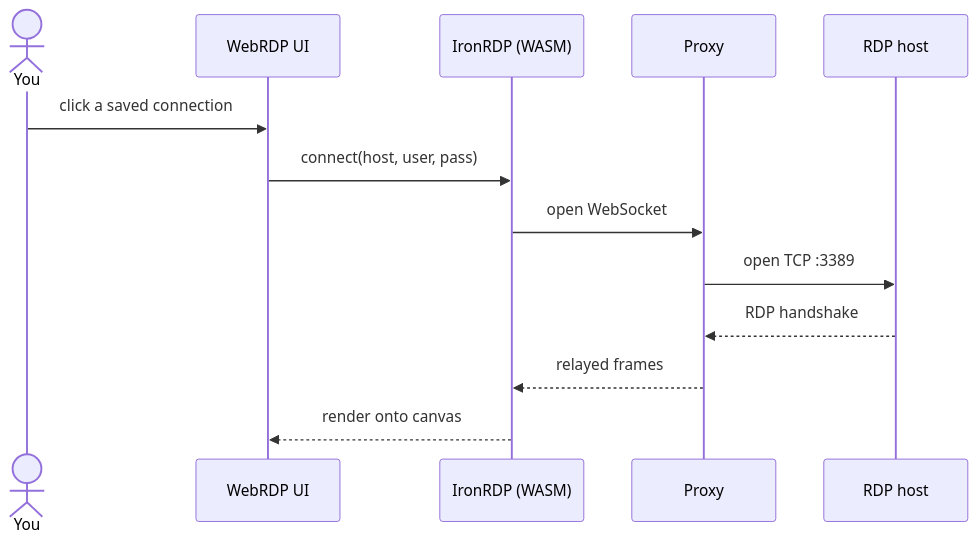
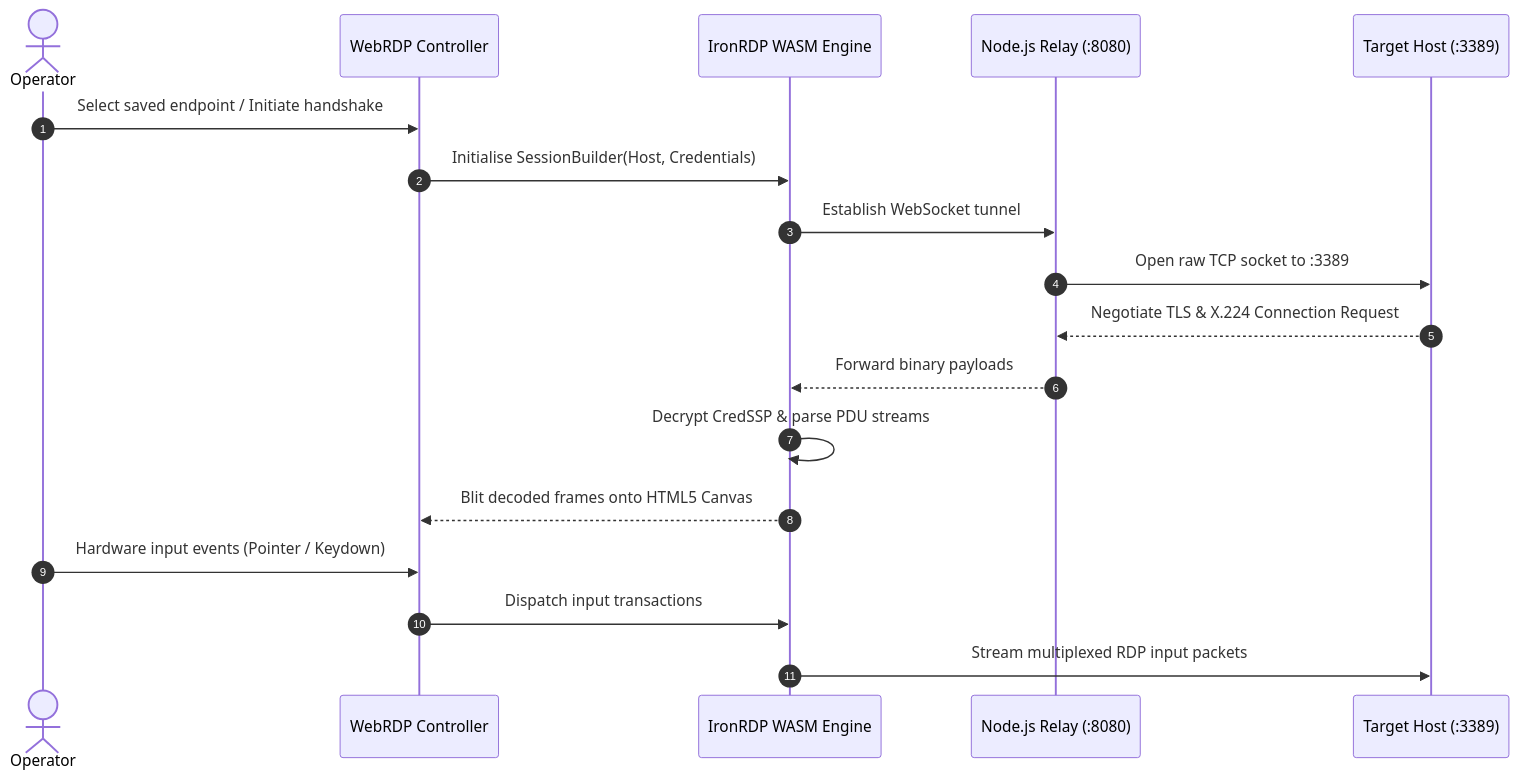
One commit to humairaambreen/WebRDP changed the second of 2 diagrams in README.md. Above: the diagram before and after it, drawn with Mermaid. The commit also changed other lines of this file and 2 other files, not shown here.

Commit message:
docs: enrich README with interface screenshots and technical architecture specification

````diff
--- a/README.md
+++ b/README.md
@@ -48,16 +83,21 @@
 ```mermaid
 sequenceDiagram
-    actor You
-    participant UI as WebRDP UI
-    participant Engine as IronRDP (WASM)
-    participant Proxy
-    participant Host as RDP host
+    autonumber
+    actor User as Operator
+    participant UI as WebRDP Controller
+    participant WASM as IronRDP WASM Engine
+    participant Proxy as Node.js Relay (:8080)
+    participant Host as Target Host (:3389)
 
-    You->>UI: click a saved connection
-    UI->>Engine: connect(host, user, pass)
-    Engine->>Proxy: open WebSocket
-    Proxy->>Host: open TCP :3389
-    Host-->>Proxy: RDP handshake
-    Proxy-->>Engine: relayed frames
-    Engine-->>UI: render onto canvas
+    User->>UI: Select saved endpoint / Initiate handshake
+    UI->>WASM: Initialise SessionBuilder(Host, Credentials)
+    WASM->>Proxy: Establish WebSocket tunnel
+    Proxy->>Host: Open raw TCP socket to :3389
+    Host-->>Proxy: Negotiate TLS & X.224 Connection Request
+    Proxy-->>WASM: Forward binary payloads
+    WASM->>WASM: Decrypt CredSSP & parse PDU streams
+    WASM-->>UI: Blit decoded frames onto HTML5 Canvas
+    User->>UI: Hardware input events (Pointer / Keydown)
+    UI->>WASM: Dispatch input transactions
+    WASM->>Host: Stream multiplexed RDP input packets
 ```
````
